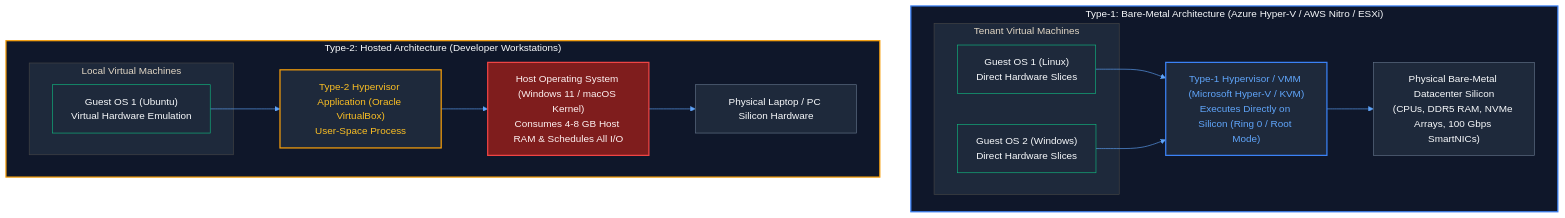
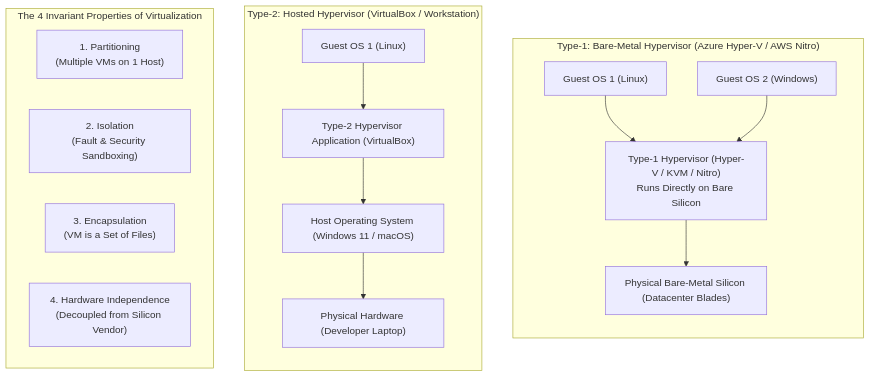
One commit to shreyash2601/bits-notes changed the diagram in Cloud Computing/Lecture 3/Lecture_03_Notes.md. Above: the diagram before and after it, drawn with Mermaid. The commit also changed other lines of this file and 31 other files, not shown here.

````diff
--- a/Cloud Computing/Lecture 3/Lecture_03_Notes.md
+++ b/Cloud Computing/Lecture 3/Lecture_03_Notes.md
@@ -193,41 +115,30 @@
 ```mermaid
-%%{init: {'theme': 'base', 'themeVariables': { 'darkMode': true, 'background': '#0f172a', 'primaryColor': '#1e293b', 'primaryTextColor': '#f8fafc', 'primaryBorderColor': '#3b82f6', 'lineColor': '#60a5fa', 'secondaryColor': '#334155', 'tertiaryColor': '#1e293b' }}}%%
-graph TB
-    subgraph T1["Type-1: Bare-Metal Architecture (Azure Hyper-V / AWS Nitro / ESXi)"]
-        subgraph T1_VMs["Tenant Virtual Machines"]
-            T1_G1["Guest OS 1 (Linux)<br/>Direct Hardware Slices"]
-            T1_G2["Guest OS 2 (Windows)<br/>Direct Hardware Slices"]
-        end
-        T1_Hyp["Type-1 Hypervisor / VMM (Microsoft Hyper-V / KVM)<br/>Executes Directly on Silicon (Ring 0 / Root Mode)"]
-        T1_HW["Physical Bare-Metal Datacenter Silicon<br/>(CPUs, DDR5 RAM, NVMe Arrays, 100 Gbps SmartNICs)"]
+flowchart TD
+    subgraph Type1["Type-1: Bare-Metal Hypervisor (Azure Hyper-V / AWS Nitro)"]
+        direction TB
+        VM1["Guest OS 1 (Linux)"]
+        VM2["Guest OS 2 (Windows)"]
+        H1["Type-1 Hypervisor (Hyper-V / KVM / Nitro)<br/>Runs Directly on Bare Silicon"]
+        HW1["Physical Bare-Metal Silicon (Datacenter Blades)"]
         
-        T1_G1 --> T1_Hyp
-        T1_G2 --> T1_Hyp
-        T1_Hyp --> T1_HW
+        VM1 & VM2 --> H1 --> HW1
     end
 
-    subgraph T2["Type-2: Hosted Architecture (Developer Workstations)"]
-        subgraph T2_VMs["Local Virtual Machines"]
-            T2_G1["Guest OS 1 (Ubuntu)<br/>Virtual Hardware Emulation"]
-        end
-        T2_Hyp["Type-2 Hypervisor Application (Oracle VirtualBox)<br/>User-Space Process"]
-        T2_HostOS["Host Operating System (Windows 11 / macOS Kernel)<br/>Consumes 4-8 GB Host RAM & Schedules All I/O"]
-        T2_HW["Physical Laptop / PC Silicon Hardware"]
-
-        T2_G1 --> T2_Hyp
-        T2_Hyp --> T2_HostOS
-        T2_HostOS --> T2_HW
+    subgraph Type2["Type-2: Hosted Hypervisor (VirtualBox / Workstation)"]
+        direction TB
+        VM3["Guest OS 1 (Linux)"]
+        H2["Type-2 Hypervisor Application (VirtualBox)"]
+        HostOS["Host Operating System (Windows 11 / macOS)"]
+        HW2["Physical Hardware (Developer Laptop)"]
+        
+        VM3 --> H2 --> HostOS --> HW2
     end
 
-    style T1 fill:#0f172a,stroke:#3b82f6,stroke-width:2px,color:#f8fafc
-    style T2 fill:#0f172a,stroke:#f59e0b,stroke-width:2px,color:#f8fafc
-    style T1_G1 fill:#1e293b,stroke:#10b981,color:#f8fafc
-    style T1_G2 fill:#1e293b,stroke:#10b981,color:#f8fafc
-    style T1_Hyp fill:#1e293b,stroke:#3b82f6,stroke-width:2px,color:#60a5fa
-    style T1_HW fill:#1e293b,stroke:#64748b,color:#f8fafc
-
-    style T2_G1 fill:#1e293b,stroke:#10b981,color:#f8fafc
-    style T2_Hyp fill:#1e293b,stroke:#f59e0b,stroke-width:2px,color:#fbbf24
-    style T2_HostOS fill:#7f1d1d,stroke:#ef4444,stroke-width:2px,color:#fef2f2
-    style T2_HW fill:#1e293b,stroke:#64748b,color:#f8fafc
+    subgraph Invariants["The 4 Invariant Properties of Virtualization"]
+        direction LR
+        P["1. Partitioning<br/>(Multiple VMs on 1 Host)"]
+        I["2. Isolation<br/>(Fault & Security Sandboxing)"]
+        E["3. Encapsulation<br/>(VM is a Set of Files)"]
+        HI["4. Hardware Independence<br/>(Decoupled from Silicon Vendor)"]
+    end
 ```
````
